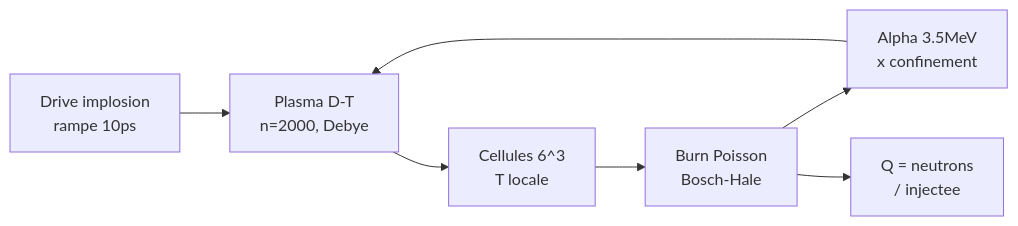
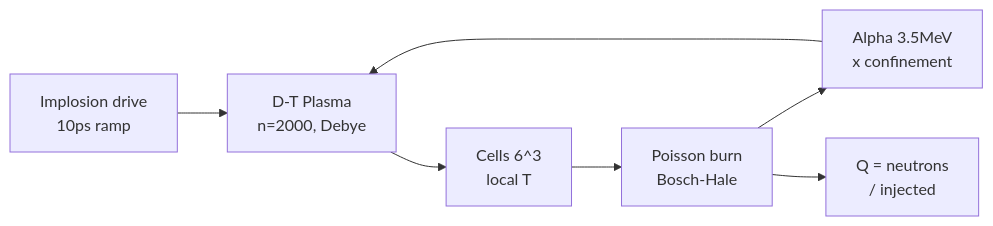
The diagram in README.md (jonathansearch/RATISS-FUSION), drawn with Mermaid before and after one commit. The commit also changed other lines of this file, not shown here.

````diff
--- a/README.md
+++ b/README.md
@@ -126,9 +126,9 @@
 ```mermaid
 flowchart LR
-    D[Drive implosion<br/>rampe 10ps] --> P[Plasma D-T<br/>n=2000, Debye]
-    P --> C[Cellules 6^3<br/>T locale]
-    C --> B[Burn Poisson<br/>Bosch-Hale]
+    D[Implosion drive<br/>10ps ramp] --> P[D-T Plasma<br/>n=2000, Debye]
+    P --> C[Cells 6^3<br/>local T]
+    C --> B[Poisson burn<br/>Bosch-Hale]
     B --> A[Alpha 3.5MeV<br/>x confinement]
     A --> P
-    B --> Q[Q = neutrons<br/>/ injectee]
+    B --> Q[Q = neutrons<br/>/ injected]
 ```
````
